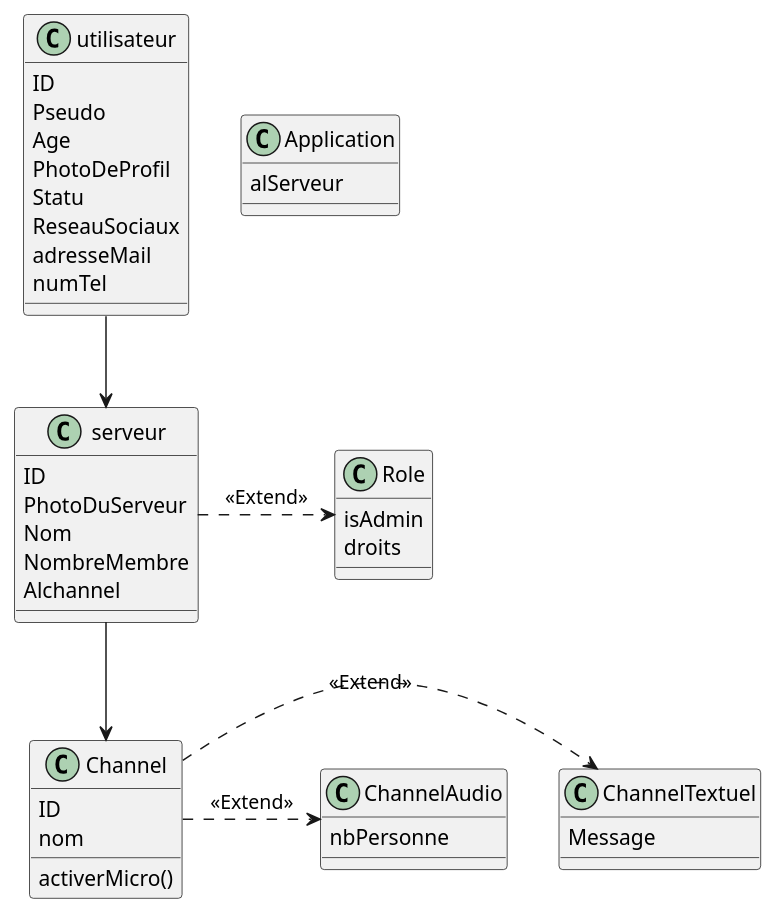
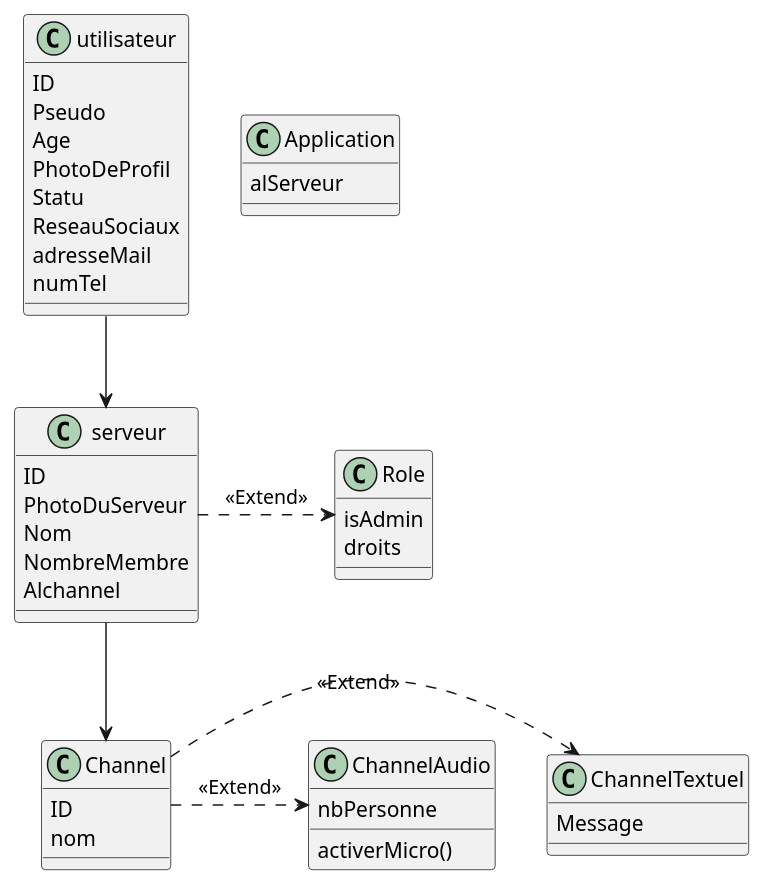
Before and after one commit to IUT-Blagnac/bcoo-retro2021-bcoo-retro2021-g16: the diagram in discord.plantuml, drawn with PlantUML. The commit also changed other lines of this file, not shown here.

```diff
--- a/discord.plantuml
+++ b/discord.plantuml
@@ -1,51 +1,51 @@
 @startuml
 
 class utilisateur {
   ID
   Pseudo 
   Age 
   PhotoDeProfil
   Statu
   ReseauSociaux
   adresseMail
   numTel
 }
 
 class serveur {
   ID
   PhotoDuServeur
   Nom
   NombreMembre
   Alchannel 
 }
 
 class Role {
   isAdmin
   droits
 }
 
 class Channel {
   ID
   nom
-  activerMicro()
 }
 
 class ChannelAudio{
   nbPersonne
+  activerMicro()
 }
 
 class ChannelTextuel{
   Message
 }
 
 class Application {
  alServeur
 }
 
 utilisateur --> serveur
 serveur .> Role : <<Extend>>
 serveur --> Channel
 Channel .> ChannelTextuel : <<Extend>>
 Channel .> ChannelAudio : <<Extend>>
 
 @enduml
```
